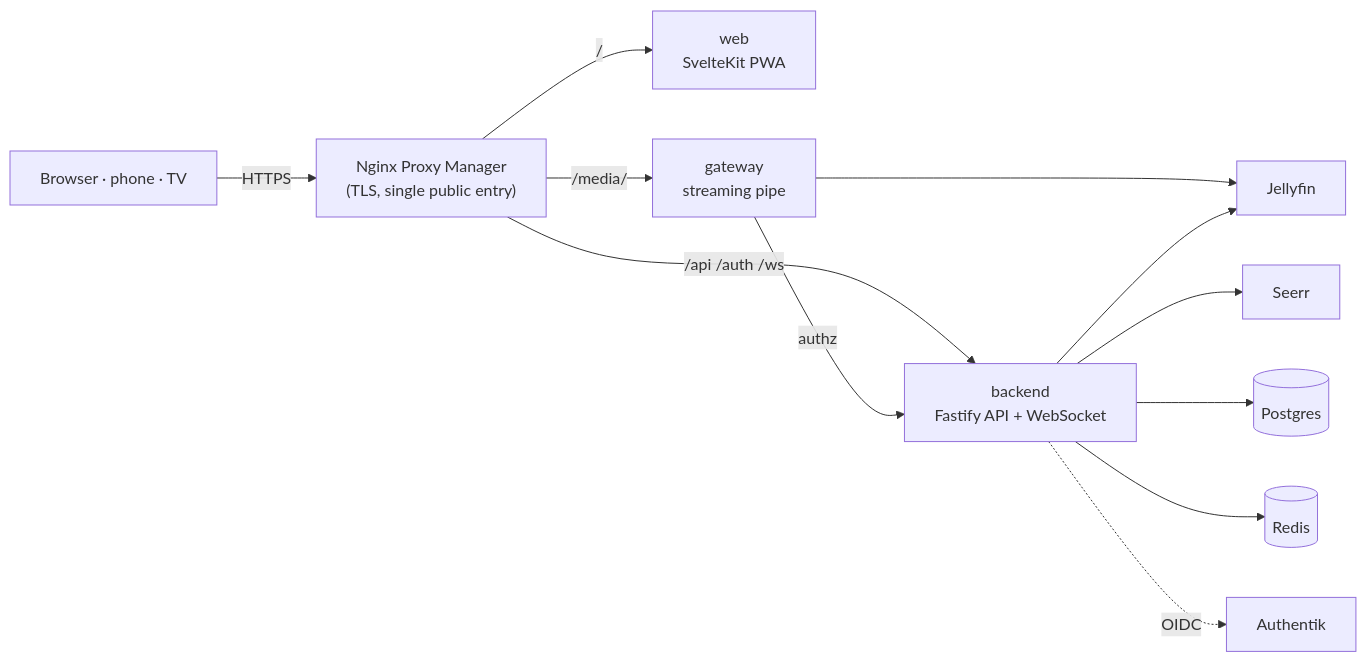
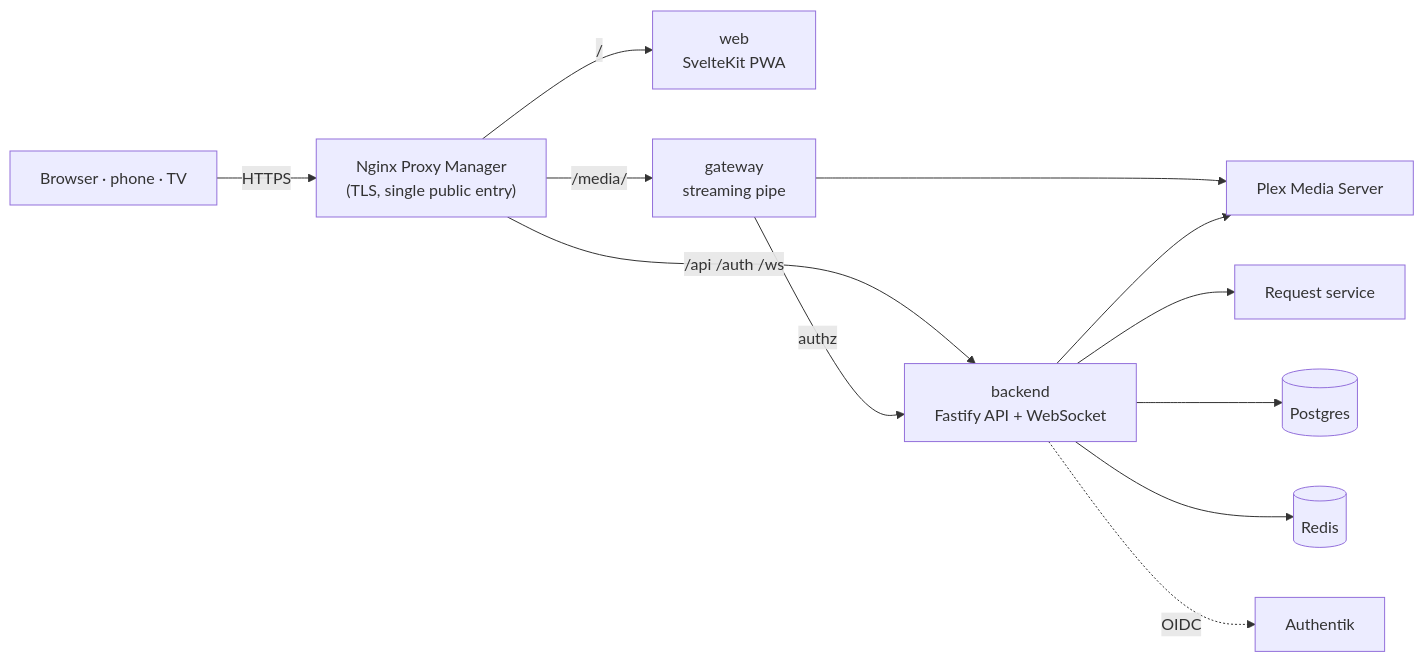
The diagram in README.md (LetsManu/friendflix-plex), drawn with Mermaid before and after one commit. The commit also changed other lines of this file and 8 other files, not shown here.

````diff
--- a/README.md
+++ b/README.md
@@ -195,14 +230,14 @@
 ```mermaid
 flowchart LR
   user["Browser · phone · TV"] -->|HTTPS| npm["Nginx Proxy Manager<br/>(TLS, single public entry)"]
   npm -->|"/"| web["web<br/>SvelteKit PWA"]
   npm -->|"/api /auth /ws"| backend["backend<br/>Fastify API + WebSocket"]
   npm -->|"/media/"| gateway["gateway<br/>streaming pipe"]
   gateway -->|"authz"| backend
-  gateway --> jellyfin["Jellyfin"]
-  backend --> jellyfin
-  backend --> seerr["Seerr"]
+  gateway --> plex["Plex Media Server"]
+  backend --> plex
+  backend --> seerr["Request service"]
   backend --> postgres[("Postgres")]
   backend --> redis[("Redis")]
   backend -.->|"OIDC"| authentik["Authentik"]
 ```
````
